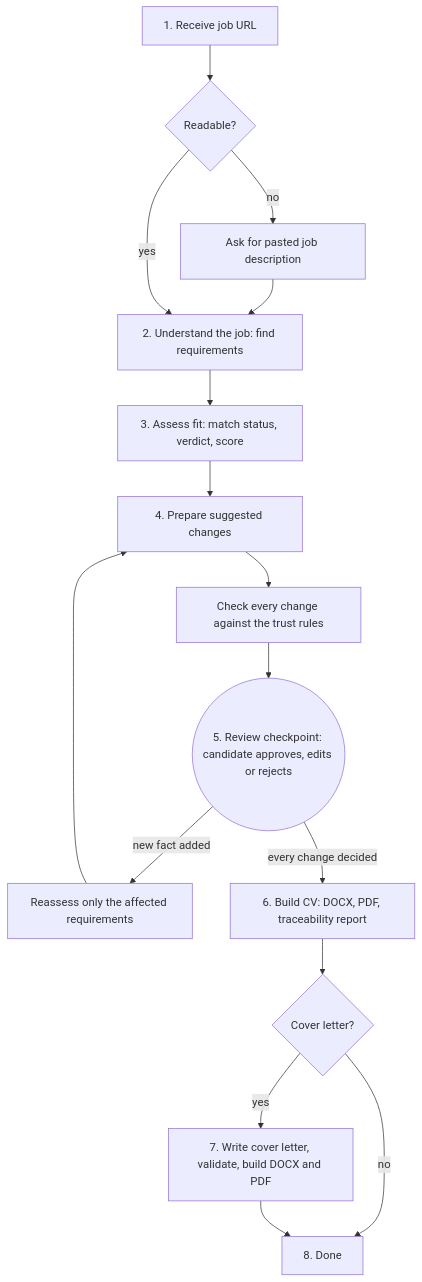
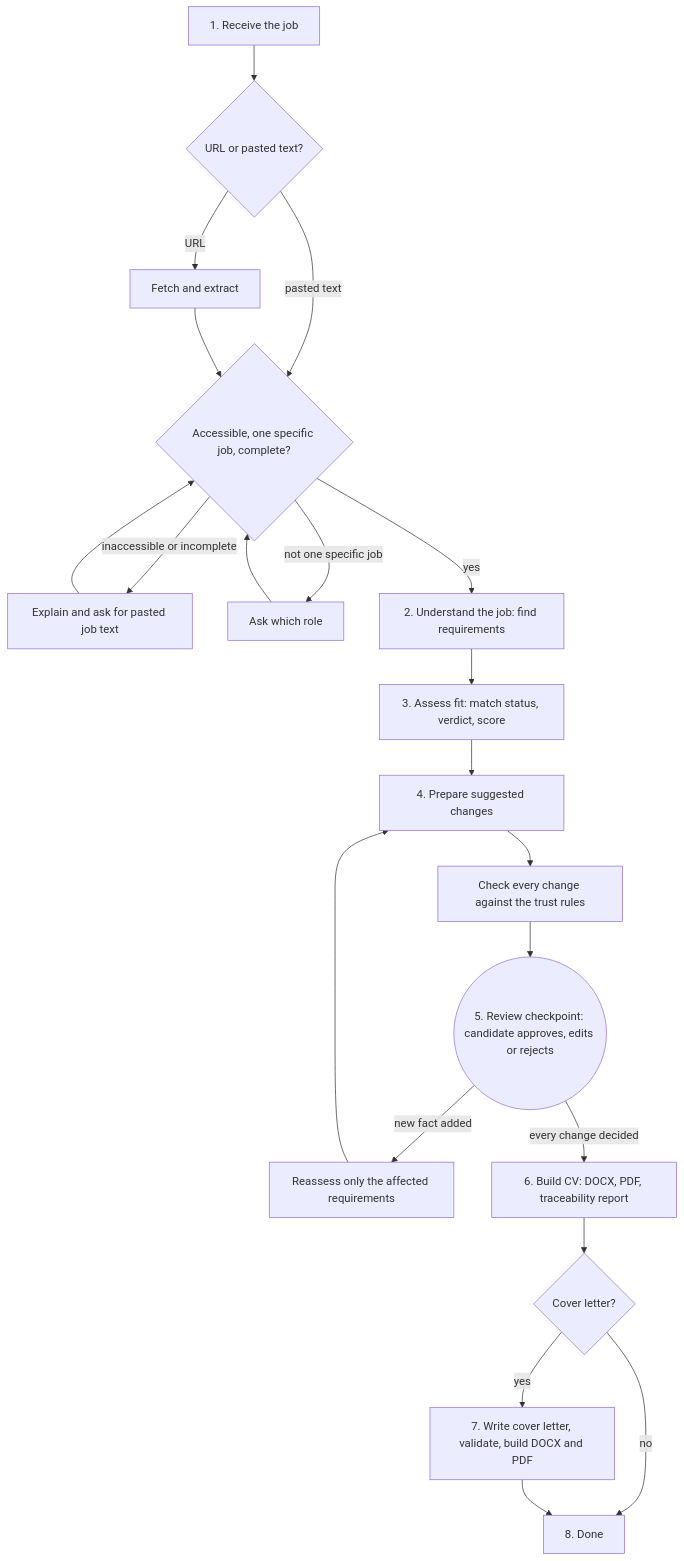
The diagram in docs/workflow.md (praveenggowda/litty), drawn with Mermaid before and after one commit. The commit also changed other lines of this file and 7 other files, not shown here.

````diff
--- a/docs/workflow.md
+++ b/docs/workflow.md
@@ -38,18 +42,23 @@
 ```mermaid
 flowchart TD
-    A[1. Receive job URL] --> B{Readable?}
-    B -- no --> C[Ask for pasted job description]
-    C --> D
-    B -- yes --> D[2. Understand the job: find requirements]
+    A[1. Receive the job] --> U{URL or pasted text?}
+    U -- URL --> X[Fetch and extract]
+    U -- pasted text --> V
+    X --> V{Accessible, one specific job, complete?}
+    V -- inaccessible or incomplete --> P[Explain and ask for pasted job text]
+    P --> V
+    V -- not one specific job --> R[Ask which role]
+    R --> V
+    V -- yes --> D[2. Understand the job: find requirements]
     D --> E[3. Assess fit: match status, verdict, score]
     E --> F[4. Prepare suggested changes]
     F --> G[Check every change against the trust rules]
     G --> H((5. Review checkpoint: candidate approves, edits or rejects))
     H -- new fact added --> I[Reassess only the affected requirements]
     I --> F
     H -- every change decided --> J[6. Build CV: DOCX, PDF, traceability report]
     J --> K{Cover letter?}
     K -- no --> L[8. Done]
     K -- yes --> M[7. Write cover letter, validate, build DOCX and PDF]
     M --> L
 ```
````
